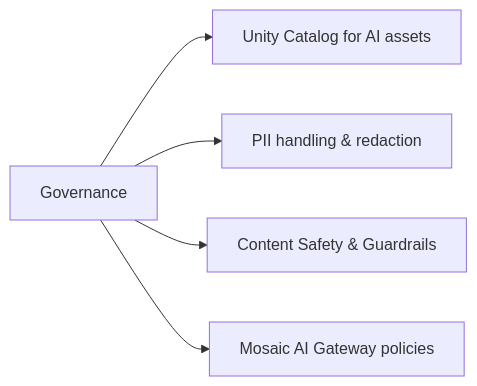
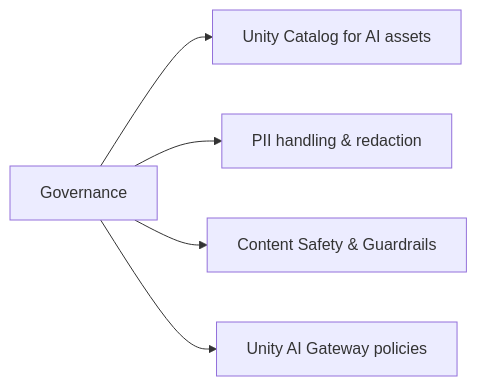
The diagram in certifications/genai-engineer-associate/06-governance/README.md (kengio/databricks-certification-study-guide), drawn with Mermaid before and after one commit. The commit also changed other lines of this file and 4 other files, not shown here.

First line of the commit message:
review(round1+2+3): apply factual, style, and roadmap fixes

````diff
--- a/certifications/genai-engineer-associate/06-governance/README.md
+++ b/certifications/genai-engineer-associate/06-governance/README.md
@@ -19,7 +19,7 @@
 ```mermaid
 flowchart LR
     Gov[Governance] --> UC[Unity Catalog for AI assets]
     Gov --> PII[PII handling & redaction]
     Gov --> Safety[Content Safety & Guardrails]
-    Gov --> AIG[Mosaic AI Gateway policies]
+    Gov --> AIG[Unity AI Gateway policies]
 ```
````
